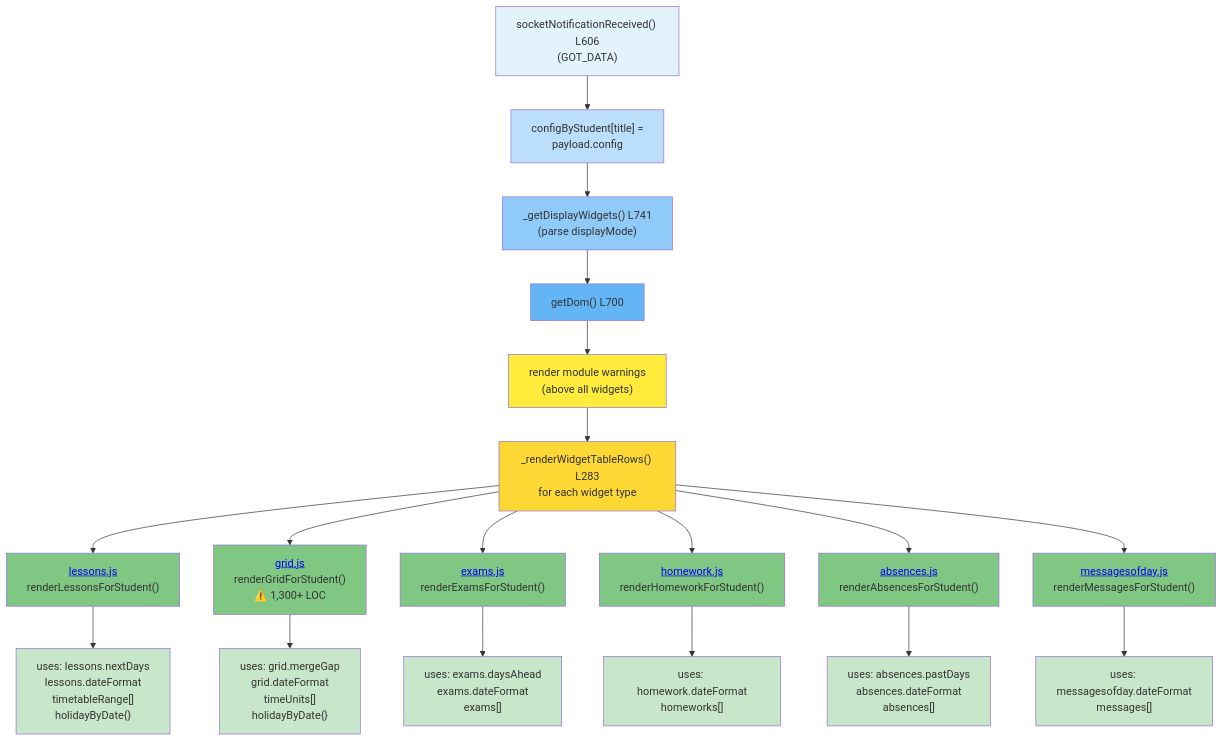
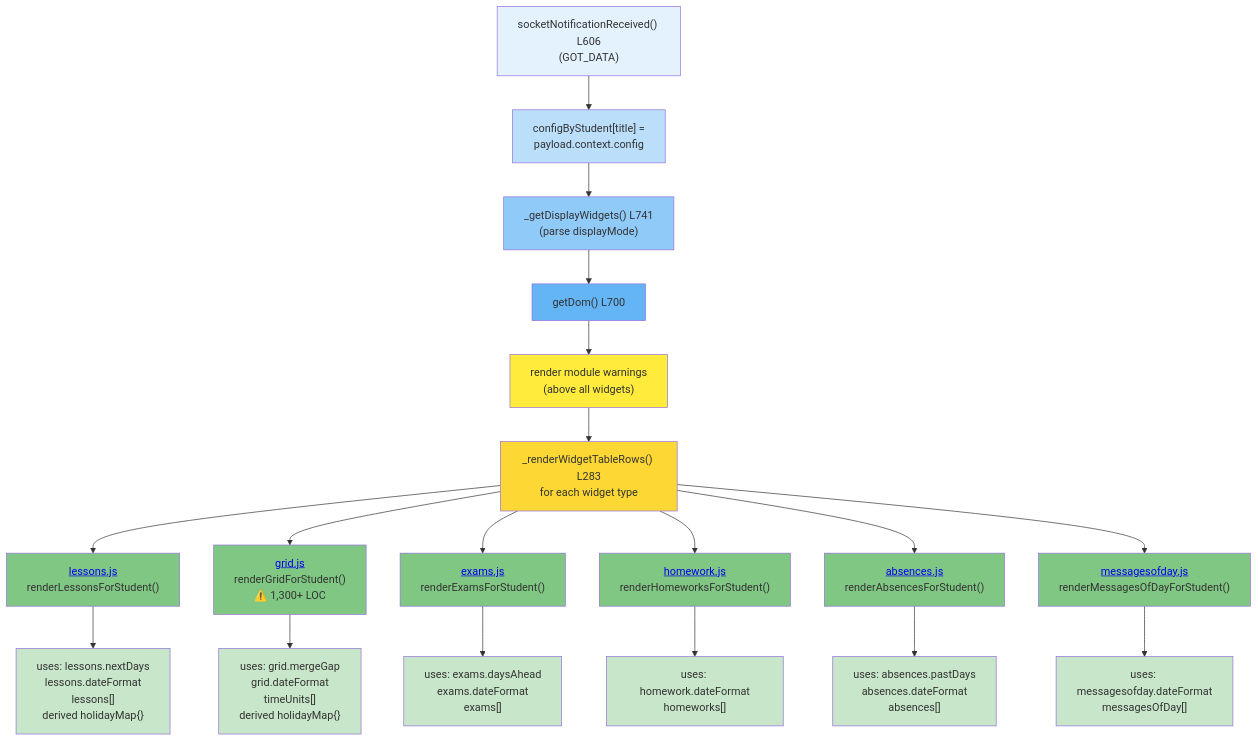
One commit to HeikoGr/MMM-Webuntis changed the fifth of 13 diagrams in docs/ARCHITECTURE.md. Above: the diagram before and after it, drawn with Mermaid. The commit also changed other lines of this file and 16 other files, not shown here.

````diff
--- a/docs/ARCHITECTURE.md
+++ b/docs/ARCHITECTURE.md
@@ -512,36 +513,36 @@
 ```mermaid
 graph TD
     FE["socketNotificationReceived() L606<br/>(GOT_DATA)"]:::frontend
-    --> CB["configByStudent[title] =<br/>payload.config"]:::store
+    --> CB["configByStudent[title] =<br/>payload.context.config"]:::store
     --> VW["_getDisplayWidgets() L741<br/>(parse displayMode)"]:::parse
     --> DOM["getDom() L700"]:::render
     --> WRN["render module warnings<br/>(above all widgets)"]:::warn
     --> RW["_renderWidgetTableRows() L283<br/>for each widget type"]:::loop
 
-    RW --> W1["<a href='https://github.com/HeikoGr/MMM-Webuntis/blob/master/widgets/lessons.js#L26'>lessons.js</a><br/>renderLessonsForStudent()"]:::widget
-    W1 --> W1B["uses: lessons.nextDays<br/>lessons.dateFormat<br/>timetableRange[]<br/>holidayByDate{}"]:::config
+    RW --> W1["<a href='../widgets/lessons.js#L26'>lessons.js</a><br/>renderLessonsForStudent()"]:::widget
+    W1 --> W1B["uses: lessons.nextDays<br/>lessons.dateFormat<br/>lessons[]<br/>derived holidayMap{}"]:::config
 
-    RW --> W2["<a href='https://github.com/HeikoGr/MMM-Webuntis/blob/master/widgets/grid.js#L33'>grid.js</a><br/>renderGridForStudent()<br/>⚠️ 1,300+ LOC"]:::widget
-    W2 --> W2B["uses: grid.mergeGap<br/>grid.dateFormat<br/>timeUnits[]<br/>holidayByDate{}"]:::config
+    RW --> W2["<a href='../widgets/grid.js#L33'>grid.js</a><br/>renderGridForStudent()<br/>⚠️ 1,300+ LOC"]:::widget
+    W2 --> W2B["uses: grid.mergeGap<br/>grid.dateFormat<br/>timeUnits[]<br/>derived holidayMap{}"]:::config
 
-    RW --> W3["<a href='https://github.com/HeikoGr/MMM-Webuntis/blob/master/widgets/exams.js#L26'>exams.js</a><br/>renderExamsForStudent()"]:::widget
+    RW --> W3["<a href='../widgets/exams.js#L26'>exams.js</a><br/>renderExamsForStudent()"]:::widget
     W3 --> W3B["uses: exams.daysAhead<br/>exams.dateFormat<br/>exams[]"]:::config
 
-    RW --> W4["<a href='https://github.com/HeikoGr/MMM-Webuntis/blob/master/widgets/homework.js#L26'>homework.js</a><br/>renderHomeworkForStudent()"]:::widget
+    RW --> W4["<a href='../widgets/homework.js#L26'>homework.js</a><br/>renderHomeworksForStudent()"]:::widget
     W4 --> W4B["uses: homework.dateFormat<br/>homeworks[]"]:::config
 
-    RW --> W5["<a href='https://github.com/HeikoGr/MMM-Webuntis/blob/master/widgets/absences.js#L27'>absences.js</a><br/>renderAbsencesForStudent()"]:::widget
+    RW --> W5["<a href='../widgets/absences.js#L27'>absences.js</a><br/>renderAbsencesForStudent()"]:::widget
     W5 --> W5B["uses: absences.pastDays<br/>absences.dateFormat<br/>absences[]"]:::config
 
-    RW --> W6["<a href='https://github.com/HeikoGr/MMM-Webuntis/blob/master/widgets/messagesofday.js#L23'>messagesofday.js</a><br/>renderMessagesForStudent()"]:::widget
-    W6 --> W6B["uses: messagesofday.dateFormat<br/>messages[]"]:::config
+    RW --> W6["<a href='../widgets/messagesofday.js#L23'>messagesofday.js</a><br/>renderMessagesOfDayForStudent()"]:::widget
+    W6 --> W6B["uses: messagesofday.dateFormat<br/>messagesOfDay[]"]:::config
 
     classDef frontend fill:#e3f2fd
     classDef store fill:#bbdefb
     classDef parse fill:#90caf9
     classDef render fill:#64b5f6
     classDef warn fill:#ffeb3b
     classDef loop fill:#fdd835
     classDef widget fill:#81c784
     classDef config fill:#c8e6c9
 ```
````
